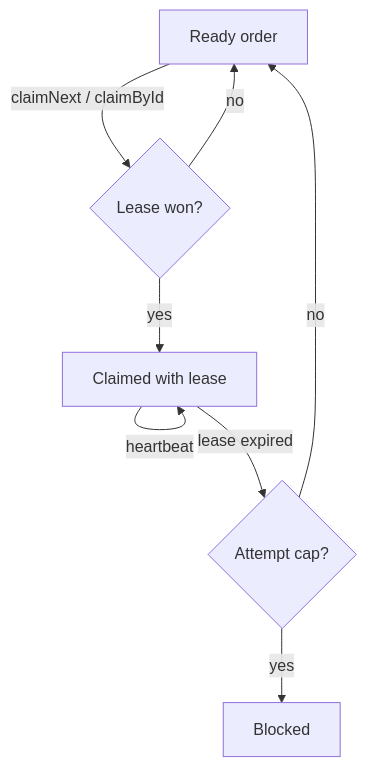
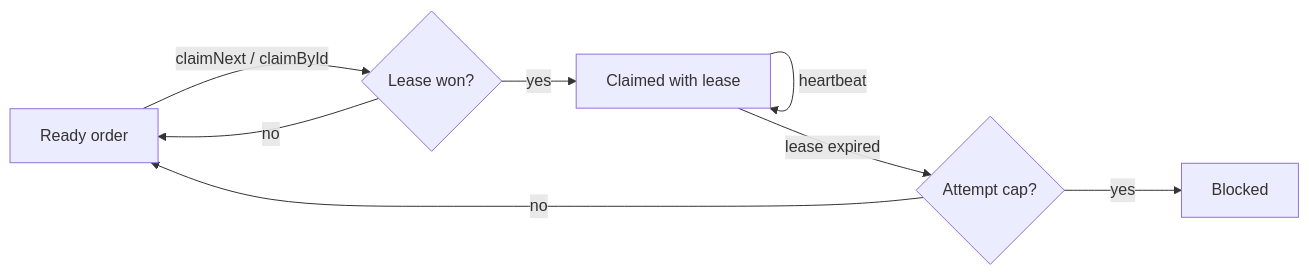
Before and after one commit to igorjpimenta/brayer: the second of 4 diagrams in README.md, drawn with Mermaid. The commit also changed other lines of this file, not shown here.

Commit message:
docs: give each flow its own section

````diff
--- a/README.md
+++ b/README.md
@@ -51,10 +58,10 @@
 ```mermaid
-flowchart TD
+flowchart LR
   Q[Ready order] -->|claimNext / claimById| L{Lease won?}
   L -->|no| Q
   L -->|yes| H[Claimed with lease]
   H -->|heartbeat| H
   H -->|lease expired| E{Attempt cap?}
   E -->|no| Q
   E -->|yes| X[Blocked]
 ```
````
